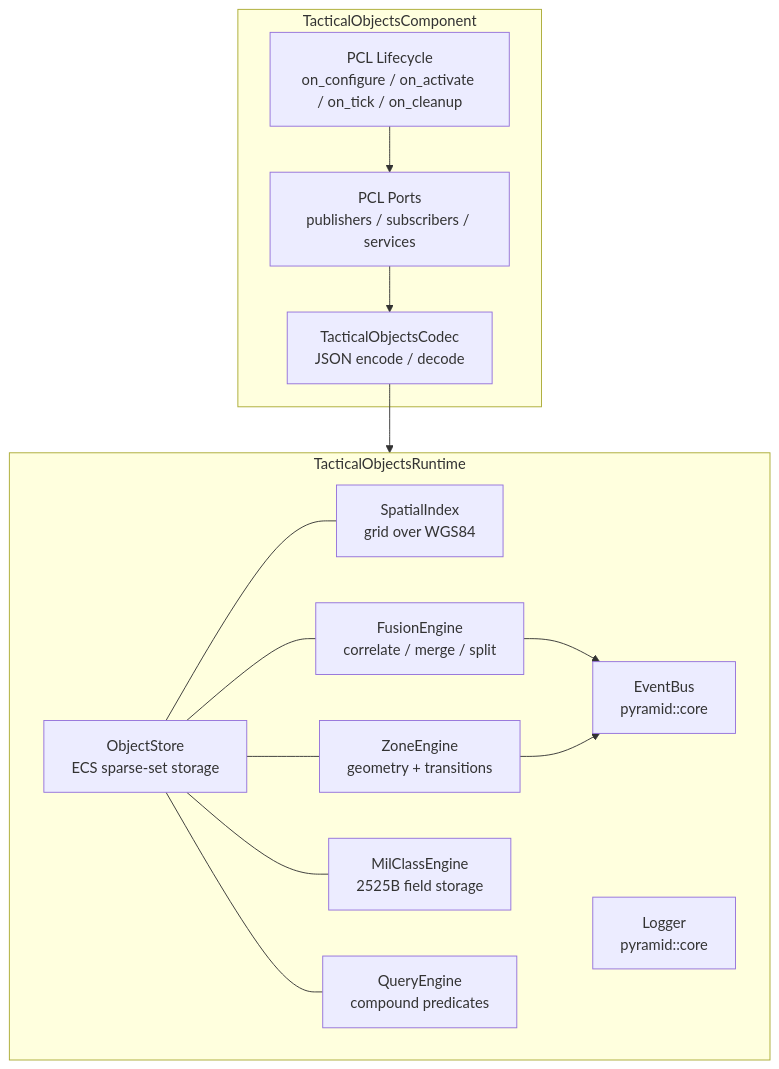
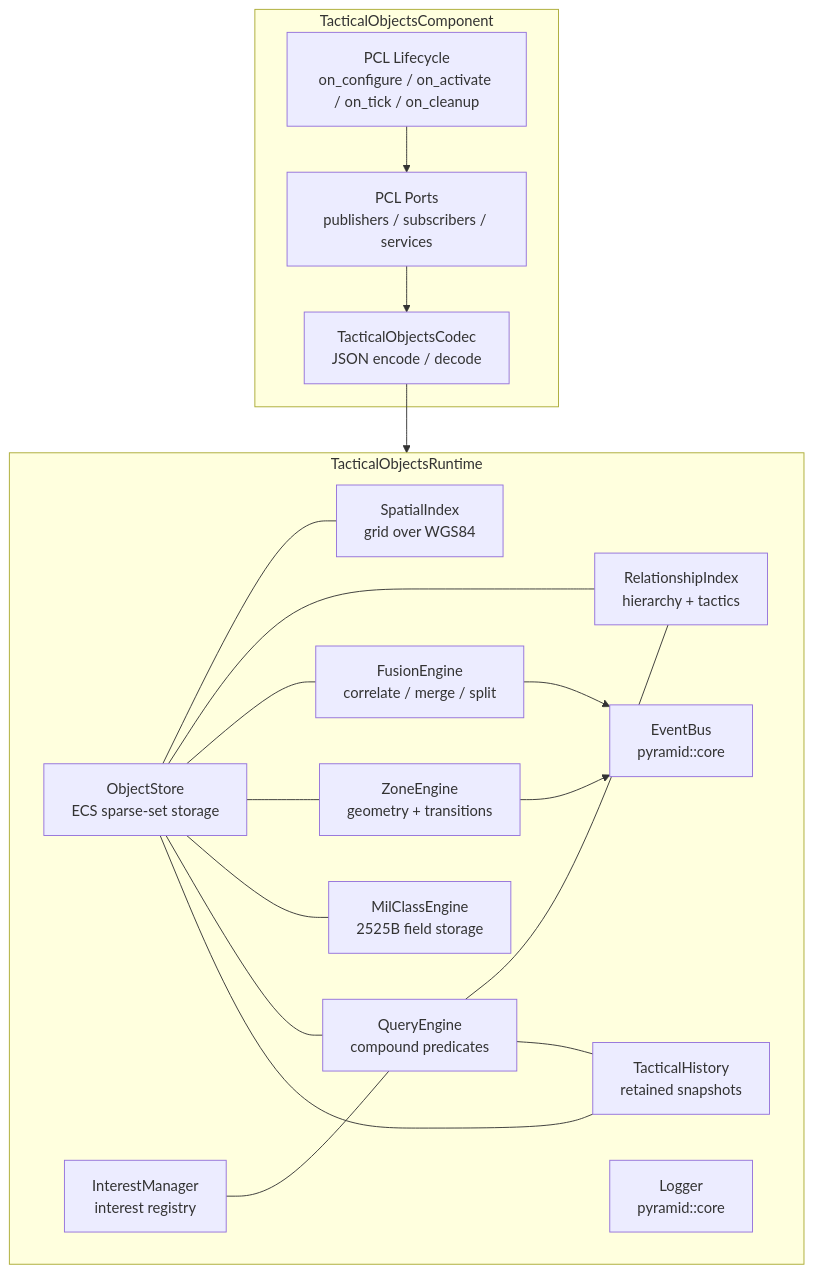
The second of 16 diagrams in pyramid/tactical_objects/ARCHITECTURE.md (Ackoogin/mujin), drawn with Mermaid before and after one commit. The commit also changed other lines of this file and 4 other files, not shown here.

````diff
--- a/pyramid/tactical_objects/ARCHITECTURE.md
+++ b/pyramid/tactical_objects/ARCHITECTURE.md
@@ -46,30 +46,38 @@
 ```mermaid
 graph TB
     subgraph TacticalObjectsComponent
         LC[PCL Lifecycle<br/>on_configure / on_activate / on_tick / on_cleanup]
         PORTS[PCL Ports<br/>publishers / subscribers / services]
         CODEC[TacticalObjectsCodec<br/>JSON encode / decode]
     end
 
     subgraph TacticalObjectsRuntime
         OS[ObjectStore<br/>ECS sparse-set storage]
         SI[SpatialIndex<br/>grid over WGS84]
+        RI[RelationshipIndex<br/>hierarchy + tactics]
         FE[FusionEngine<br/>correlate / merge / split]
         ZE[ZoneEngine<br/>geometry + transitions]
         MC[MilClassEngine<br/>2525B field storage]
         QE[QueryEngine<br/>compound predicates]
+        IM[InterestManager<br/>interest registry]
+        TH[TacticalHistory<br/>retained snapshots]
         EB[EventBus<br/>pyramid::core]
         LG[Logger<br/>pyramid::core]
     end
 
     LC --> PORTS
     PORTS --> CODEC
     CODEC --> TacticalObjectsRuntime
     OS --- SI
+    OS --- RI
     OS --- FE
     OS --- ZE
     OS --- MC
     OS --- QE
+    OS --- TH
+    QE --- RI
+    QE --- TH
+    IM --- QE
     FE --> EB
     ZE --> EB
 ```
````
